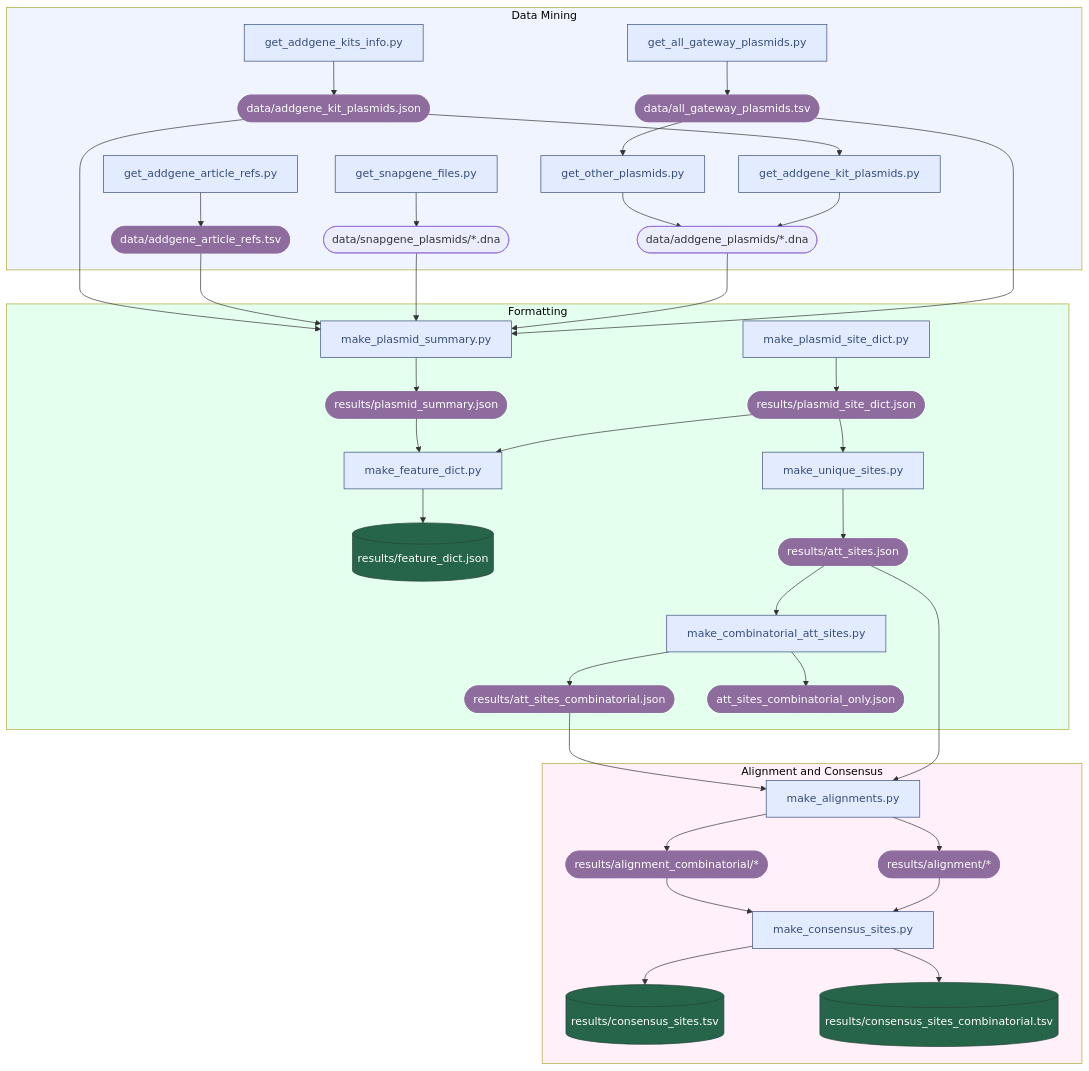
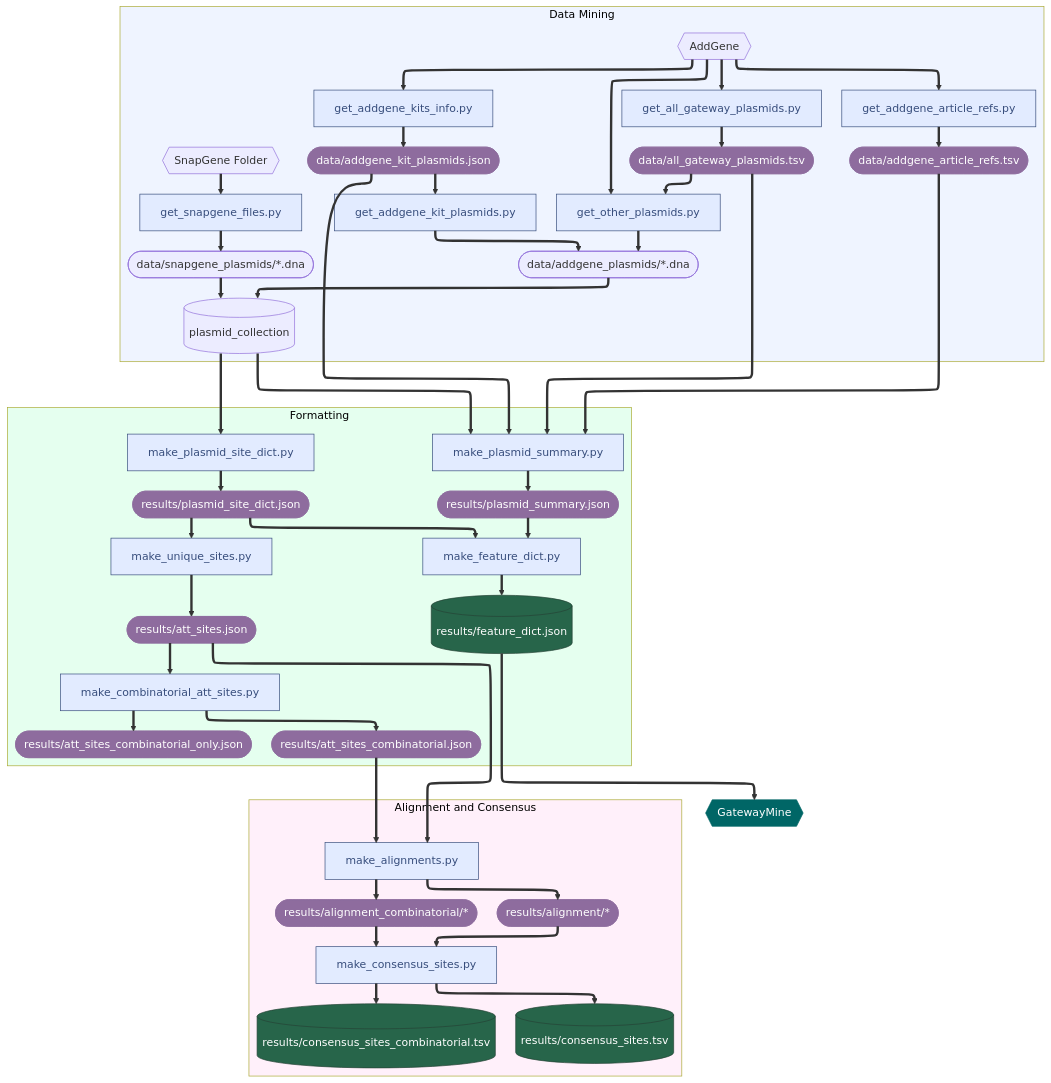
Before and after one commit to manulera/GateWayMine: the diagram in README.md, drawn with Mermaid.

Commit message:
finalised graph

````diff
--- a/README.md
+++ b/README.md
@@ -12,50 +12,58 @@
 ```mermaid
+---
+config:
+  layout: elk
+---
 flowchart TD
 
       subgraph DataMining["Data Mining"]
-      %% snapgene_application{{SnapGene Folder}} --> snapgene_script
-      %% addgene{{AddGene}} --> get_addgene_kits_info
-      %% addgene --> get_all_gateway_plasmids
-      %% addgene --> get_addgene_article_refs
-      %% addgene --> get_other_plasmids
-      snapgene_script[get_snapgene_files.py] --> snapgene_plasmids([data/snapgene_plasmids/*.dna])
-      get_addgene_kits_info[get_addgene_kits_info.py] --> addgene_kits([data/addgene_kit_plasmids.json])
-      get_all_gateway_plasmids[get_all_gateway_plasmids.py] --> all_gateway_plasmids([data/all_gateway_plasmids.tsv])
-      addgene_kits --> get_addgene_kit_plasmids[get_addgene_kit_plasmids.py]
-      get_addgene_kit_plasmids --> addgene_plasmids([data/addgene_plasmids/*.dna])
-      all_gateway_plasmids --> get_other_plasmids[get_other_plasmids.py]
-      get_other_plasmids --> addgene_plasmids
-      get_addgene_article_refs[get_addgene_article_refs.py] --> addgene_article_refs([data/addgene_article_refs.tsv])
+      snapgene_application{{SnapGene Folder}} ==> snapgene_script
+      addgene{{AddGene}} ==> get_addgene_kits_info
+      addgene ==> get_all_gateway_plasmids
+      addgene ==> get_addgene_article_refs
+      addgene ==> get_other_plasmids
+      snapgene_script[get_snapgene_files.py] ==> snapgene_plasmids([data/snapgene_plasmids/*.dna])
+      get_addgene_kits_info[get_addgene_kits_info.py] ==> addgene_kits([data/addgene_kit_plasmids.json])
+      get_all_gateway_plasmids[get_all_gateway_plasmids.py] ==> all_gateway_plasmids([data/all_gateway_plasmids.tsv])
+      addgene_kits ==> get_addgene_kit_plasmids[get_addgene_kit_plasmids.py]
+      get_addgene_kit_plasmids ==> addgene_plasmids([data/addgene_plasmids/*.dna])
+      all_gateway_plasmids ==> get_other_plasmids[get_other_plasmids.py]
+      get_other_plasmids ==> addgene_plasmids
+      get_addgene_article_refs[get_addgene_article_refs.py] ==> addgene_article_refs([data/addgene_article_refs.tsv])
+      addgene_plasmids ==> plasmid_collection[(plasmid_collection)]
+      snapgene_plasmids ==> plasmid_collection
       end
 
       subgraph Formatting
-      all_gateway_plasmids --> make_plasmid_summary[make_plasmid_summary.py]
-      addgene_plasmids --> make_plasmid_summary
-      snapgene_plasmids --> make_plasmid_summary
-      addgene_article_refs --> make_plasmid_summary
-      addgene_kits --> make_plasmid_summary
-      make_plasmid_summary --> plasmid_summary([results/plasmid_summary.json])
-      make_plasmid_site_dict[make_plasmid_site_dict.py] --> plasmid_site_dict([results/plasmid_site_dict.json])
-      plasmid_site_dict --> make_feature_dict
-      plasmid_summary --> make_feature_dict
-      make_feature_dict[make_feature_dict.py] --> feature_dict[(results/feature_dict.json)]
-      plasmid_site_dict --> make_unique_sites
-      make_unique_sites[make_unique_sites.py] --> att_sites([results/att_sites.json])
-      att_sites --> make_combinatorial_att_sites
-      make_combinatorial_att_sites[make_combinatorial_att_sites.py] --> att_sites_combinatorial([results/att_sites_combinatorial.json])
-      make_combinatorial_att_sites --> combinatorial_att_sites_only([att_sites_combinatorial_only.json])
+      all_gateway_plasmids ==> make_plasmid_summary[make_plasmid_summary.py]
+      plasmid_collection ==> make_plasmid_summary
+      addgene_article_refs ==> make_plasmid_summary
+      addgene_kits ==> make_plasmid_summary
+      make_plasmid_summary ==> plasmid_summary([results/plasmid_summary.json])
+      plasmid_collection ==> make_plasmid_site_dict
+      make_plasmid_site_dict[make_plasmid_site_dict.py] ==> plasmid_site_dict([results/plasmid_site_dict.json])
+      plasmid_site_dict ==> make_feature_dict
+      plasmid_summary ==> make_feature_dict
+      make_feature_dict[make_feature_dict.py] ==> feature_dict[(results/feature_dict.json)]
+      plasmid_site_dict ==> make_unique_sites
+      make_unique_sites[make_unique_sites.py] ==> att_sites([results/att_sites.json])
+      att_sites ==> make_combinatorial_att_sites
+      make_combinatorial_att_sites[make_combinatorial_att_sites.py] ==> att_sites_combinatorial([results/att_sites_combinatorial.json])
+      make_combinatorial_att_sites ==> combinatorial_att_sites_only([results/att_sites_combinatorial_only.json])
       end
       subgraph AlignmentAndConsensus["Alignment and Consensus"]
-      att_sites --> make_alignments
-      att_sites_combinatorial --> make_alignments
-      make_alignments[make_alignments.py] --> alignments([results/alignment/*])
-      make_alignments --> alignments_combinatorial([results/alignment_combinatorial/*])
-      alignments --> make_consensus_sites
-      alignments_combinatorial --> make_consensus_sites
-      make_consensus_sites[make_consensus_sites.py] --> consensus_sites[(results/consensus_sites.tsv)]
-      make_consensus_sites --> consensus_sites_combinatorial[(results/consensus_sites_combinatorial.tsv)]
+      att_sites ==> make_alignments
+      att_sites_combinatorial ==> make_alignments
+      make_alignments[make_alignments.py] ==> alignments([results/alignment/*])
+      make_alignments ==> alignments_combinatorial([results/alignment_combinatorial/*])
+      alignments ==> make_consensus_sites
+      alignments_combinatorial ==> make_consensus_sites
+      make_consensus_sites[make_consensus_sites.py] ==> consensus_sites[(results/consensus_sites.tsv)]
+      make_consensus_sites ==> consensus_sites_combinatorial[(results/consensus_sites_combinatorial.tsv)]
 
       end
+
+      feature_dict ==> GateWayMine{{GatewayMine}}
 
       get_addgene_kits_info:::Sky
       get_addgene_kit_plasmids:::Sky
@@ -85,10 +93,12 @@
       addgene_article_refs:::Lavender
       addgene_kits:::Lavender
       all_gateway_plasmids:::Lavender
+      GateWayMine:::Peacock
 
       classDef Sky stroke-width:1px, stroke-dasharray:none, stroke:#374D7C, fill:#E2EBFF, color:#374D7C
       classDef Pine stroke-width:1px, stroke-dasharray:none, stroke:#254336, fill:#27654A, color:#FFFFFF
       classDef Lavender stroke-width:1px, stroke-dasharray:none, stroke:#8E6C9E, fill:#8E6C9E, color:#FFFFFF
+      classDef Peacock stroke-width:1px, stroke-dasharray:none, stroke:#006666, fill:#006666, color:#FFFFFF
 
       style DataMining color:#000000,fill:#E2EBFF90
       style Formatting color:#000000,fill:#D1FFE290
````
